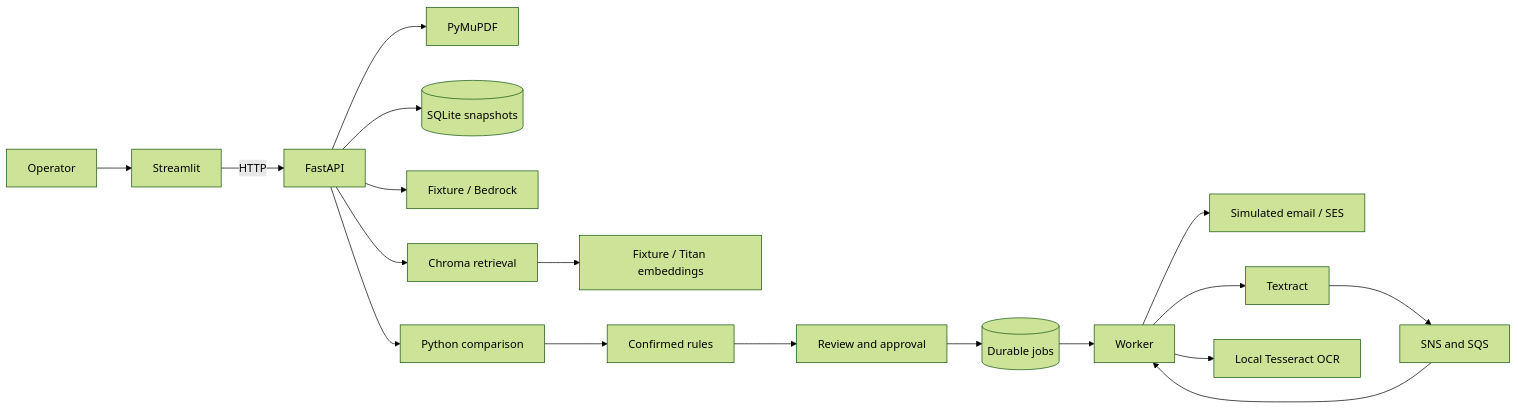
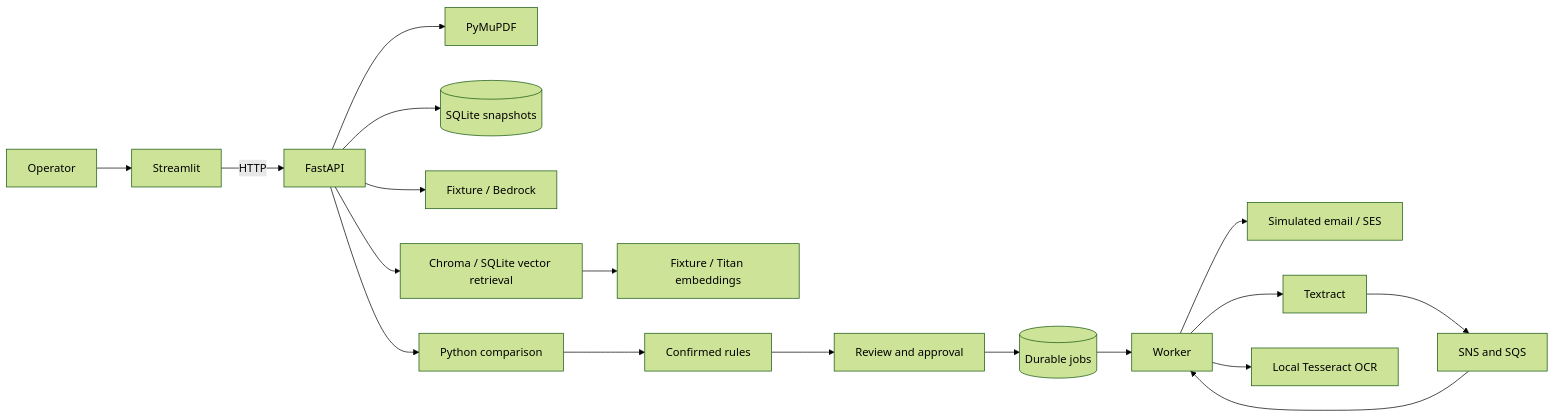
One commit to surajnair17/vendorops-ai changed the diagram in backend/docs/architecture.md. Above: the diagram before and after it, drawn with Mermaid (forest theme). The commit also changed other lines of this file and 20 other files, not shown here.

````diff
--- a/backend/docs/architecture.md
+++ b/backend/docs/architecture.md
@@ -3,20 +3,20 @@
 ```mermaid
 flowchart LR
   U[Operator] --> F[Streamlit]
   F -->|HTTP| A[FastAPI]
   A --> P[PyMuPDF]
   A --> D[(SQLite snapshots)]
   A --> M[Fixture / Bedrock]
   A --> C[Python comparison]
-  A --> R[Chroma retrieval]
+  A --> R[Chroma / SQLite vector retrieval]
   R --> E[Fixture / Titan embeddings]
   C --> H[Confirmed rules]
   H --> V[Review and approval]
   V --> J[(Durable jobs)]
   J --> W[Worker]
   W --> S[Simulated email / SES]
   W --> T[Textract]
   W --> O[Local Tesseract OCR]
   T --> N[SNS and SQS]
   N --> W
 ```
````
